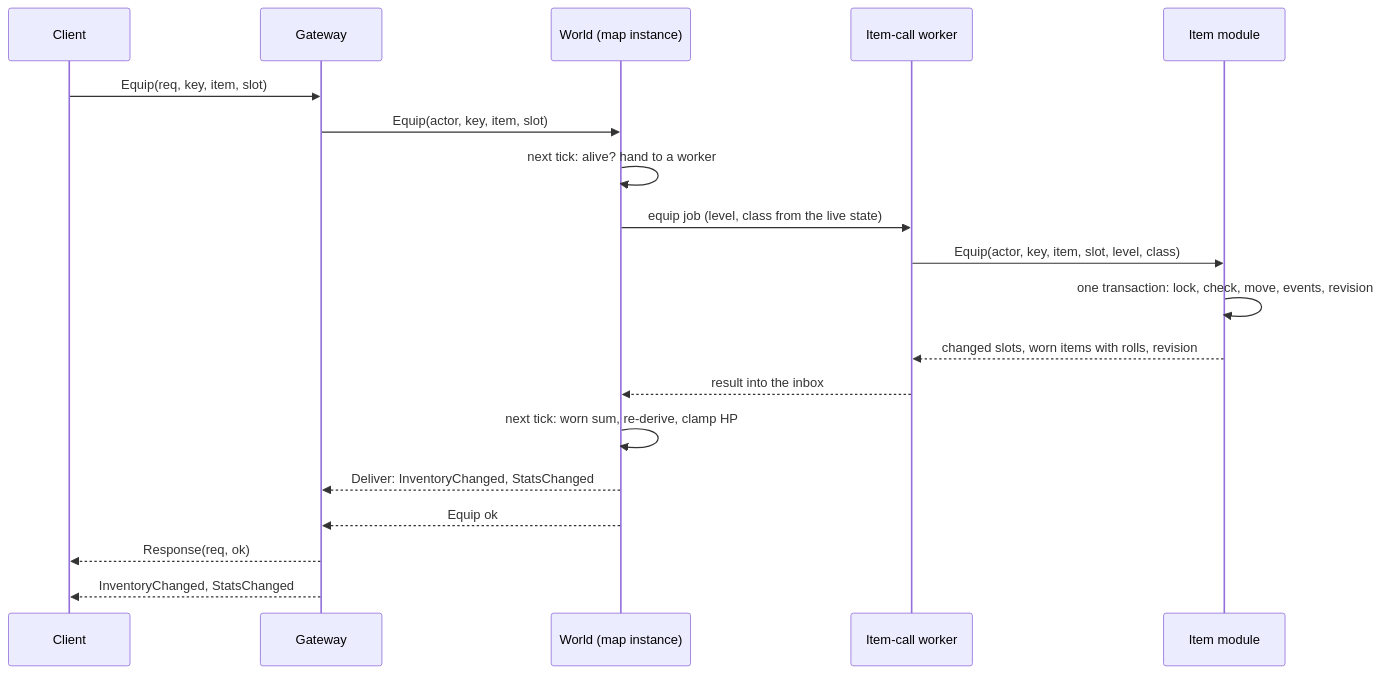
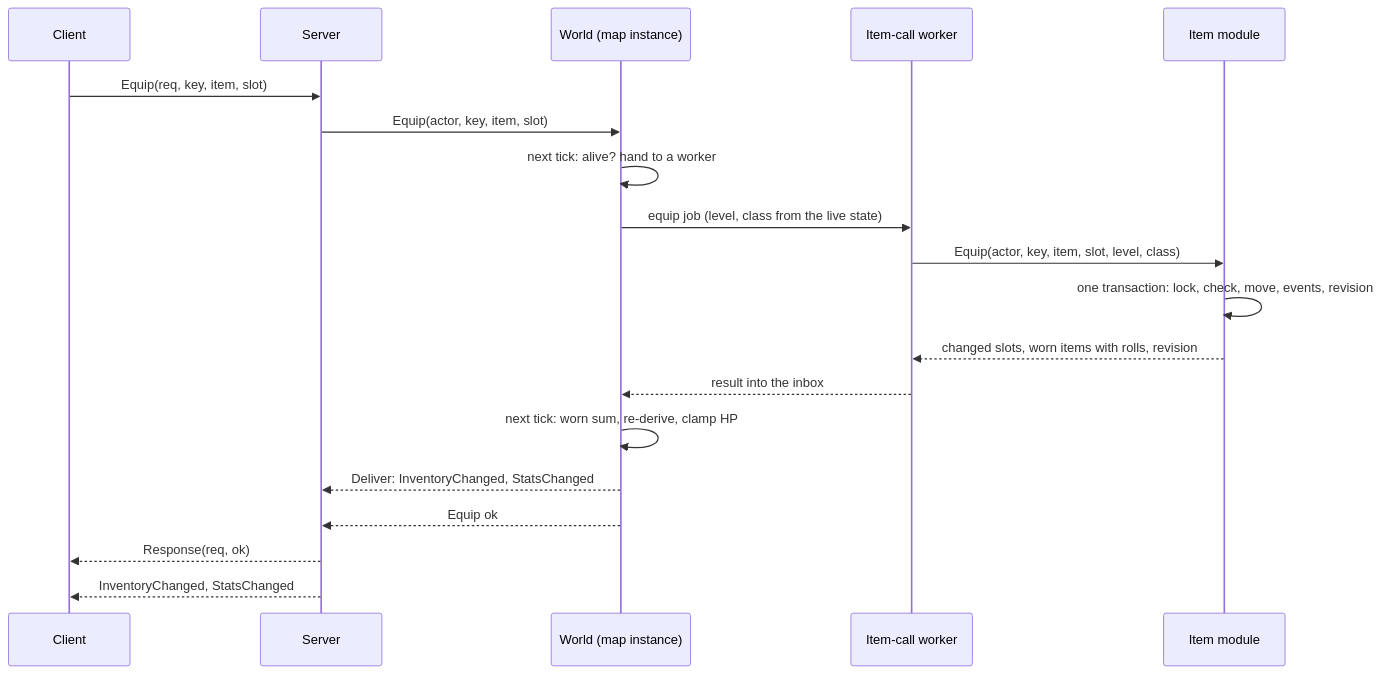
The diagram in docs/tech/equipment-and-item-details.md (zranitm/finga), drawn with Mermaid before and after one commit. The commit also changed other lines of this file and 144 other files, not shown here.

````diff
--- a/docs/tech/equipment-and-item-details.md
+++ b/docs/tech/equipment-and-item-details.md
@@ -134,21 +134,21 @@
 ```mermaid
 sequenceDiagram
   participant C as Client
-  participant G as Gateway
+  participant G as Server
   participant W as World (map instance)
   participant P as Item-call worker
   participant I as Item module
   C->>G: Equip(req, key, item, slot)
   G->>W: Equip(actor, key, item, slot)
   W->>W: next tick: alive? hand to a worker
   W->>P: equip job (level, class from the live state)
   P->>I: Equip(actor, key, item, slot, level, class)
   I->>I: one transaction: lock, check, move, events, revision
   I-->>P: changed slots, worn items with rolls, revision
   P-->>W: result into the inbox
   W->>W: next tick: worn sum, re-derive, clamp HP
   W-->>G: Deliver: InventoryChanged, StatsChanged
   W-->>G: Equip ok
   G-->>C: Response(req, ok)
   G-->>C: InventoryChanged, StatsChanged
 ```
````
